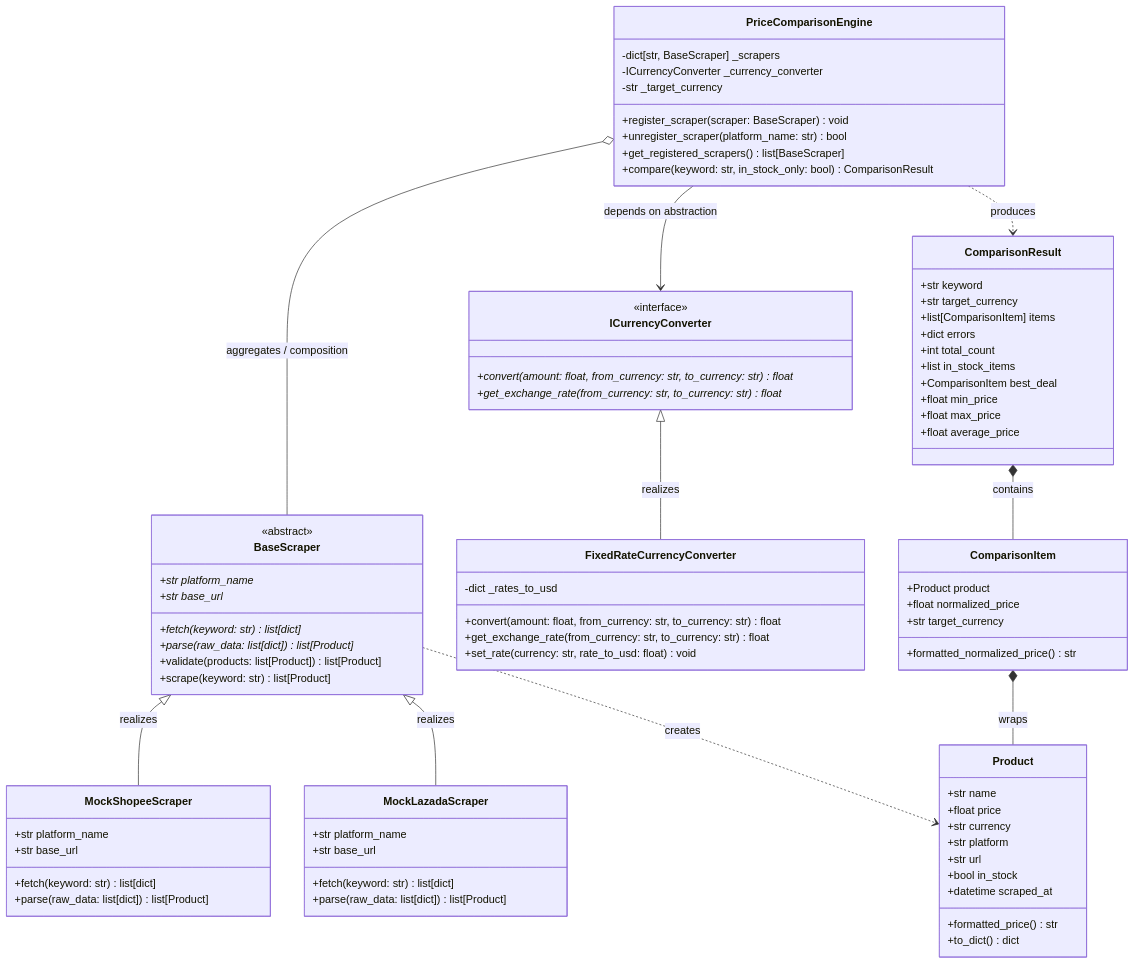
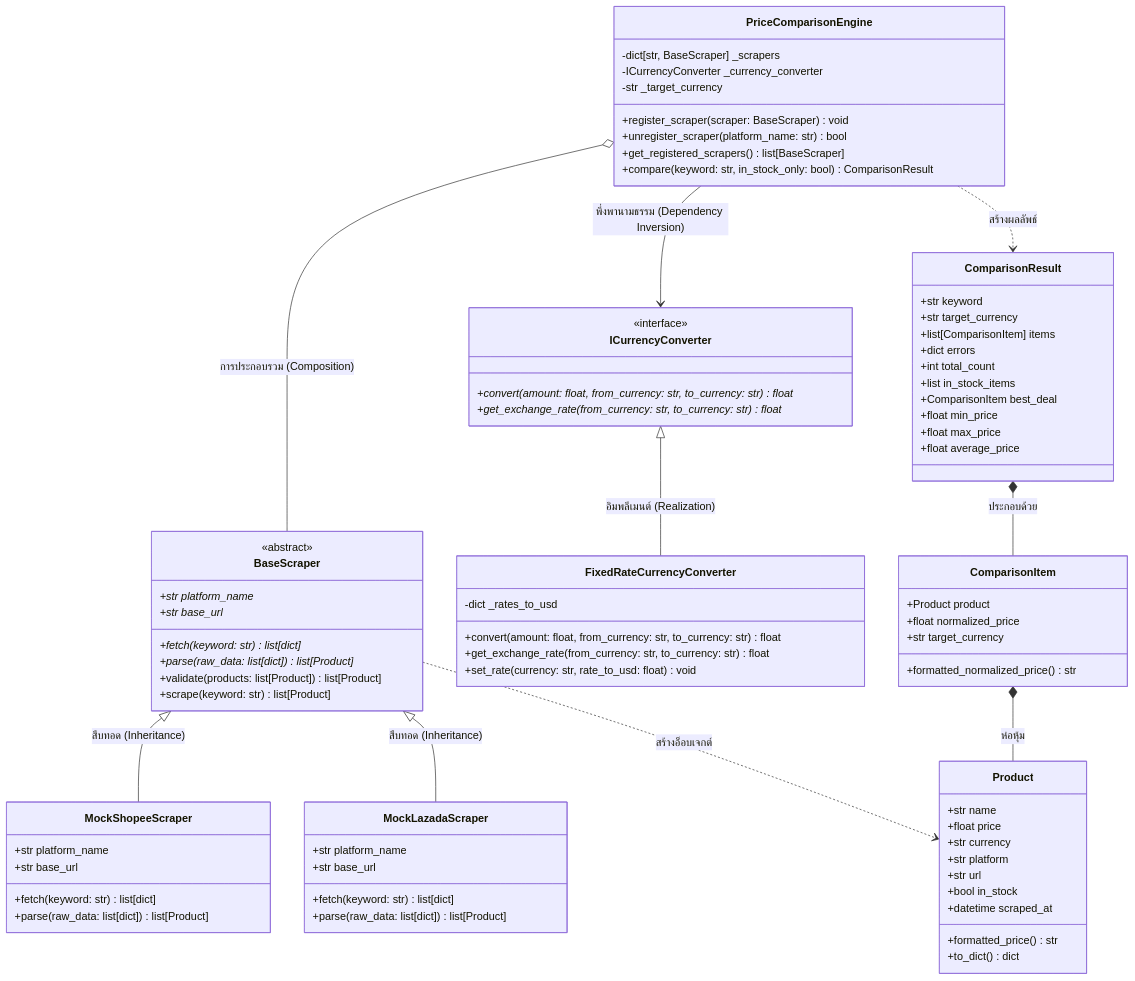
The first of 2 diagrams in README.md (Ipup48/PriceWise-Tracker-OOP), drawn with Mermaid before and after one commit. The commit also changed other lines of this file and 10 other files, not shown here.

````diff
--- a/README.md
+++ b/README.md
@@ -106,14 +106,14 @@
         +compare(keyword: str, in_stock_only: bool) ComparisonResult
     }
 
-    BaseScraper <|-- MockShopeeScraper : realizes
-    BaseScraper <|-- MockLazadaScraper : realizes
-    ICurrencyConverter <|-- FixedRateCurrencyConverter : realizes
+    BaseScraper <|-- MockShopeeScraper : สืบทอด (Inheritance)
+    BaseScraper <|-- MockLazadaScraper : สืบทอด (Inheritance)
+    ICurrencyConverter <|-- FixedRateCurrencyConverter : อิมพลีเมนต์ (Realization)
 
-    PriceComparisonEngine o-- BaseScraper : aggregates / composition
-    PriceComparisonEngine --> ICurrencyConverter : depends on abstraction
-    PriceComparisonEngine ..> ComparisonResult : produces
-    ComparisonResult *-- ComparisonItem : contains
-    ComparisonItem *-- Product : wraps
-    BaseScraper ..> Product : creates
+    PriceComparisonEngine o-- BaseScraper : การประกอบรวม (Composition)
+    PriceComparisonEngine --> ICurrencyConverter : พึ่งพานามธรรม (Dependency Inversion)
+    PriceComparisonEngine ..> ComparisonResult : สร้างผลลัพธ์
+    ComparisonResult *-- ComparisonItem : ประกอบด้วย
+    ComparisonItem *-- Product : ห่อหุ้ม
+    BaseScraper ..> Product : สร้างอ็อบเจกต์
 ```
````
